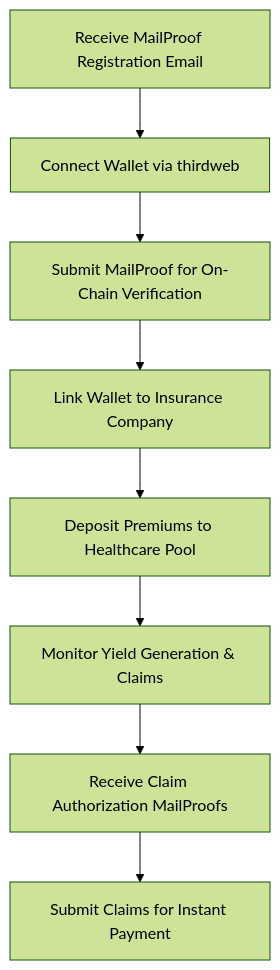
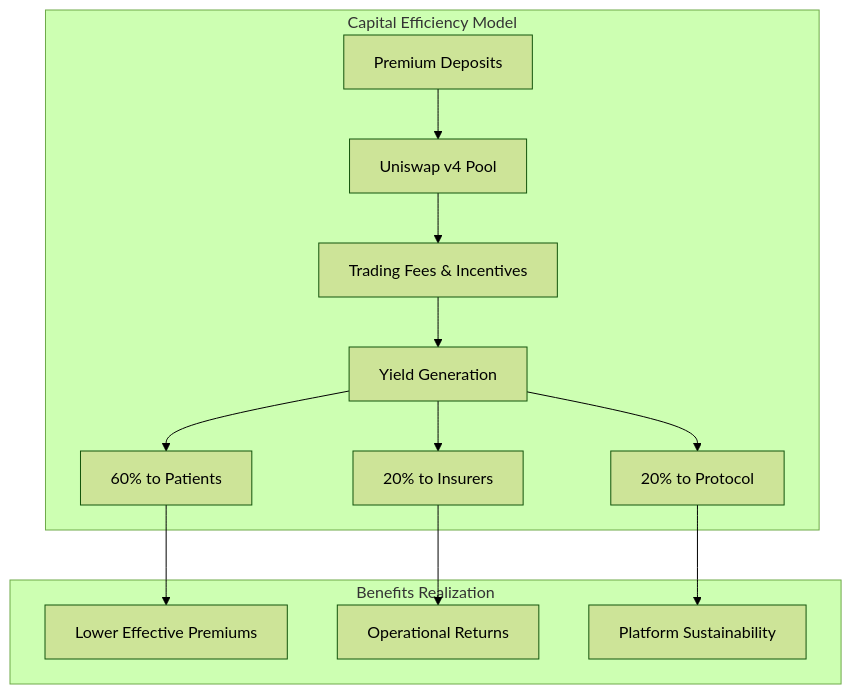
Before and after one commit to ppezzull/zkMed: the eighth of 8 diagrams in memory-bank/activeContext.md, drawn with Mermaid (forest theme). The commit also changed other lines of this file and 5 other files, not shown here.

````diff
--- a/memory-bank/activeContext.md
+++ b/memory-bank/activeContext.md
@@ -286,10 +329,17 @@
 ```mermaid
 graph TB
-    A[Receive MailProof Registration Email] --> B[Connect Wallet via thirdweb]
-    B --> C[Submit MailProof for On-Chain Verification]
-    C --> D[Link Wallet to Insurance Company]
-    D --> E[Deposit Premiums to Healthcare Pool]
-    E --> F[Monitor Yield Generation & Claims]
-    F --> G[Receive Claim Authorization MailProofs]
-    G --> H[Submit Claims for Instant Payment]
+    subgraph "Capital Efficiency Model"
+        A[Premium Deposits] --> B[Uniswap v4 Pool]
+        B --> C[Trading Fees & Incentives]
+        C --> D[Yield Generation]
+        D --> E[60% to Patients]
+        D --> F[20% to Insurers]
+        D --> G[20% to Protocol]
+    end
+    
+    subgraph "Benefits Realization"
+        E --> H[Lower Effective Premiums]
+        F --> I[Operational Returns]
+        G --> J[Platform Sustainability]
+    end
 ```
````
